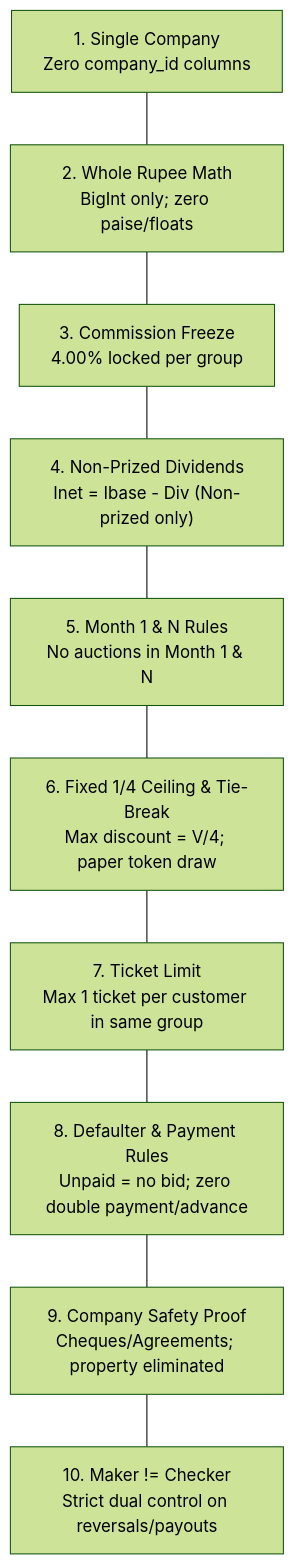
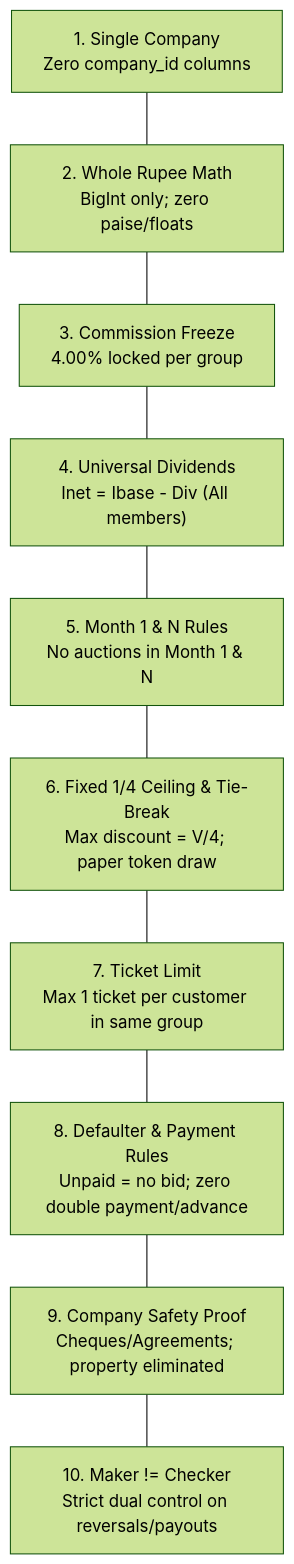
One commit to Kathir-24/Kumaran-finance changed the diagram in AGENTS.md. Above: the diagram before and after it, drawn with Mermaid (forest theme). The commit also changed other lines of this file and 10 other files, not shown here.

Commit message:
docs: update dividend rule to universal equal distribution to all members including auction winners

````diff
--- a/AGENTS.md
+++ b/AGENTS.md
@@ -47,12 +47,12 @@
 ```mermaid
 flowchart TD
     G1["1. Single Company\nZero company_id columns"] --- G2["2. Whole Rupee Math\nBigInt only; zero paise/floats"]
     G2 --- G3["3. Commission Freeze\n4.00% locked per group"]
-    G3 --- G4["4. Non-Prized Dividends\nInet = Ibase - Div (Non-prized only)"]
+    G3 --- G4["4. Universal Dividends\nInet = Ibase - Div (All members)"]
     G4 --- G5["5. Month 1 & N Rules\nNo auctions in Month 1 & N"]
     G5 --- G6["6. Fixed 1/4 Ceiling & Tie-Break\nMax discount = V/4; paper token draw"]
     G6 --- G7["7. Ticket Limit\nMax 1 ticket per customer in same group"]
     G7 --- G8["8. Defaulter & Payment Rules\nUnpaid = no bid; zero double payment/advance"]
     G8 --- G9["9. Company Safety Proof\nCheques/Agreements; property eliminated"]
     G9 --- G10["10. Maker != Checker\nStrict dual control on reversals/payouts"]
 ```
````
